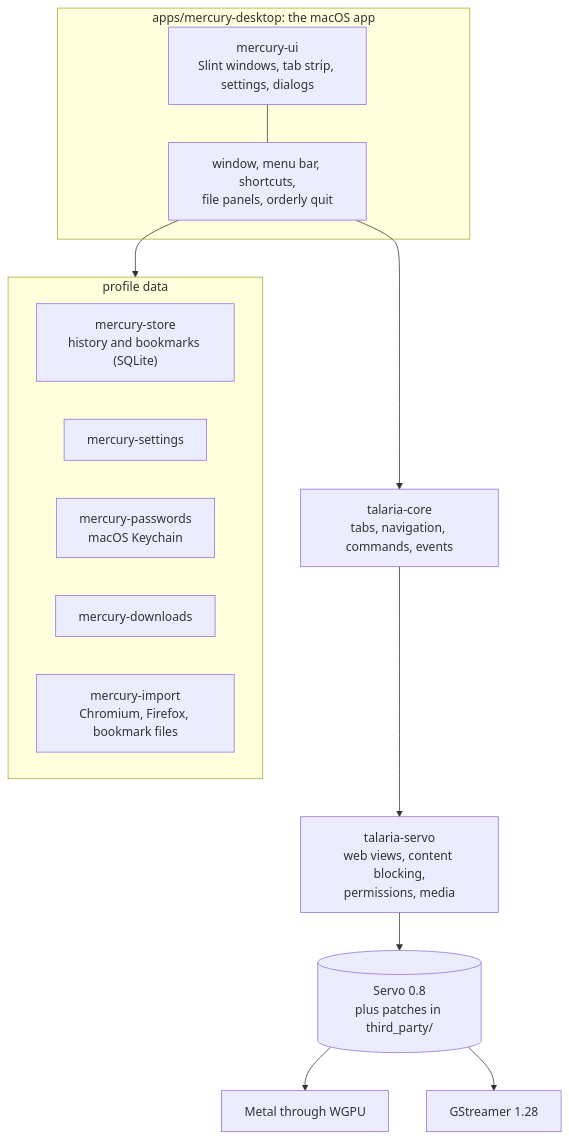
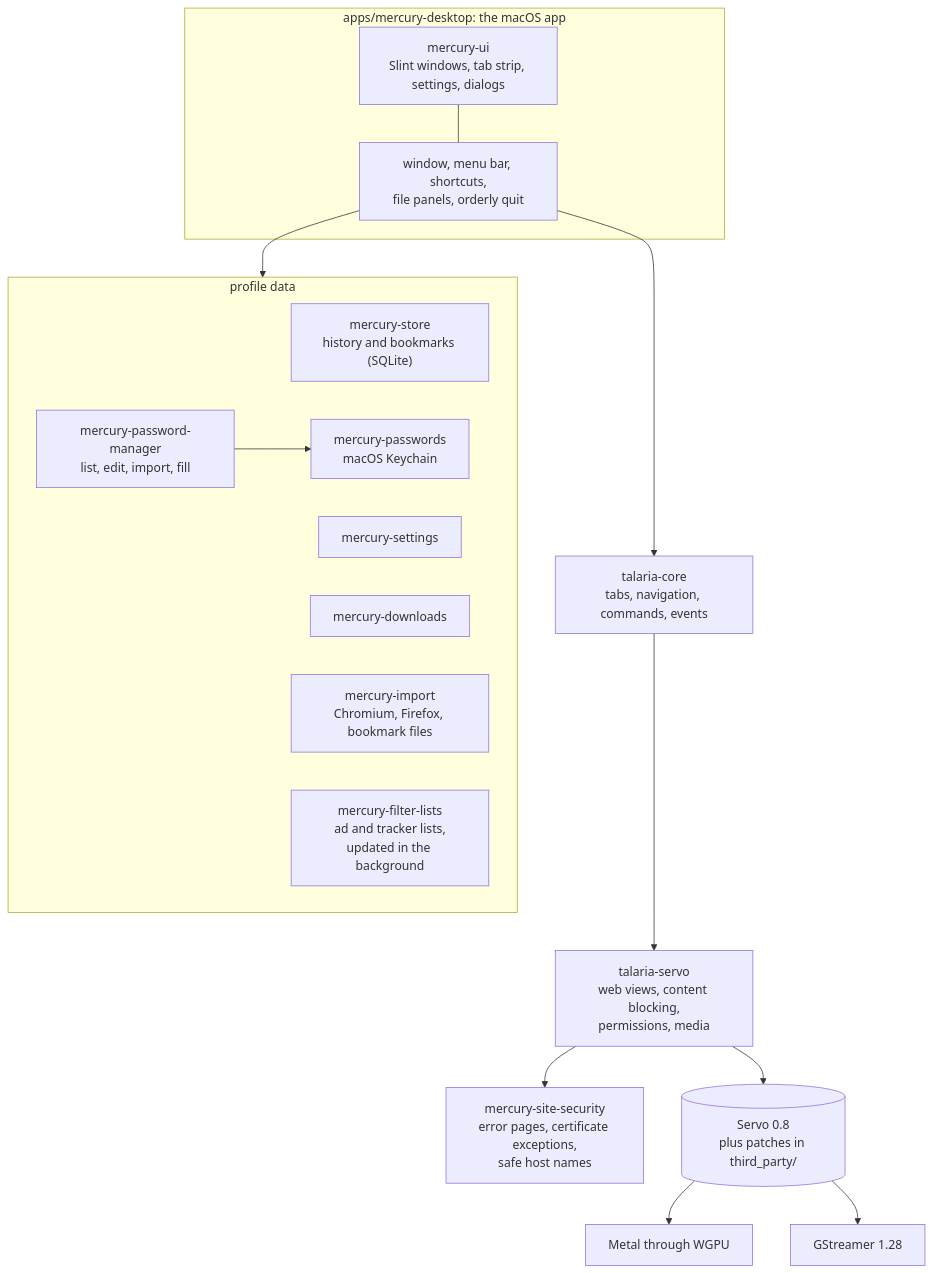
The first of 2 diagrams in README.md (thepigdestroyer/mercury-browser), drawn with Mermaid before and after one commit. The commit also changed other lines of this file and 4 other files, not shown here.

````diff
--- a/README.md
+++ b/README.md
@@ -55,22 +60,27 @@
 ```mermaid
 flowchart TB
   subgraph app["apps/mercury-desktop: the macOS app"]
     ui["mercury-ui<br/>Slint windows, tab strip, settings, dialogs"]
     shell["window, menu bar, shortcuts,<br/>file panels, orderly quit"]
   end
   core["talaria-core<br/>tabs, navigation, commands, events"]
   web["talaria-servo<br/>web views, content blocking,<br/>permissions, media"]
+  security["mercury-site-security<br/>error pages, certificate exceptions,<br/>safe host names"]
   servo[("Servo 0.8<br/>plus patches in third_party/")]
   subgraph data["profile data"]
     store["mercury-store<br/>history and bookmarks (SQLite)"]
     settings["mercury-settings"]
     passwords["mercury-passwords<br/>macOS Keychain"]
+    manager["mercury-password-manager<br/>list, edit, import, fill"]
     downloads["mercury-downloads"]
     import["mercury-import<br/>Chromium, Firefox, bookmark files"]
+    filters["mercury-filter-lists<br/>ad and tracker lists,<br/>updated in the background"]
   end
   ui --- shell
   shell --> core --> web --> servo
   shell --> data
+  manager --> passwords
+  web --> security
   servo --> gpu["Metal through WGPU"]
   servo --> media["GStreamer 1.28"]
 ```
````
